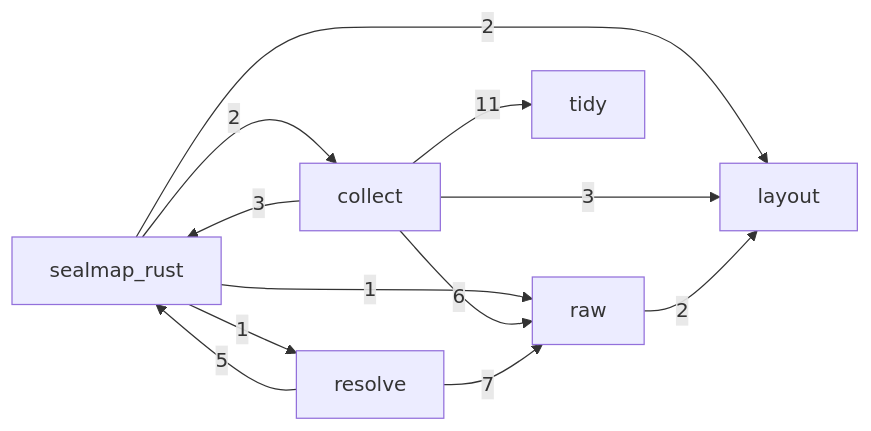
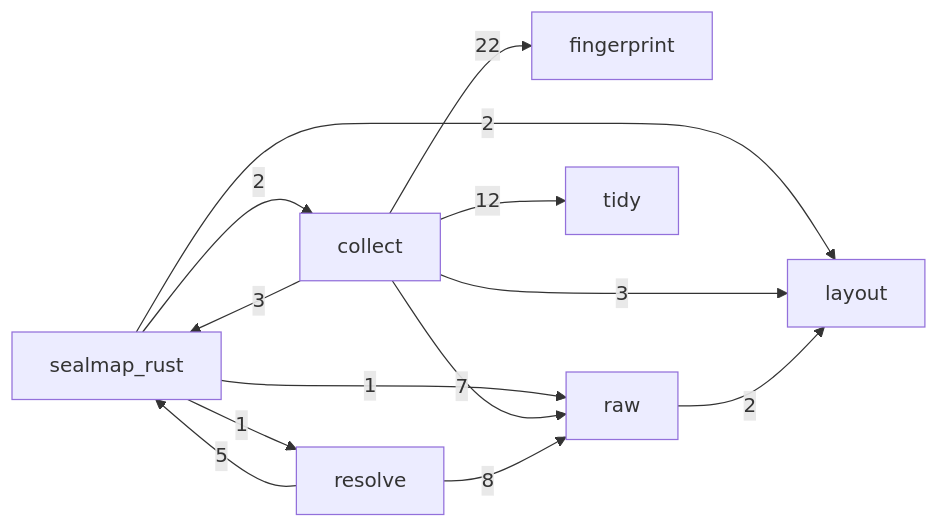
Before and after one commit to DreamLab-AI/codemaid: the sixth of 12 diagrams in docs/sealmap/_overview.md, drawn with Mermaid. The commit also changed other lines of this file and 45 other files, not shown here.

First line of the commit message:
docs: regenerate the self-corpus for sym: ids and schema v2

````diff
--- a/docs/sealmap/_overview.md
+++ b/docs/sealmap/_overview.md
@@ -168,20 +184,22 @@
 ```mermaid
 flowchart LR
   sealmap_rust["sealmap_rust"]
   sealmap_rust__collect["collect"]
+  sealmap_rust__fingerprint["fingerprint"]
   sealmap_rust__layout["layout"]
   sealmap_rust__raw["raw"]
   sealmap_rust__resolve["resolve"]
   sealmap_rust__tidy["tidy"]
   sealmap_rust -->|"2"| sealmap_rust__collect
   sealmap_rust -->|"2"| sealmap_rust__layout
   sealmap_rust -->|"1"| sealmap_rust__raw
   sealmap_rust -->|"1"| sealmap_rust__resolve
   sealmap_rust__collect -->|"3"| sealmap_rust
+  sealmap_rust__collect -->|"22"| sealmap_rust__fingerprint
   sealmap_rust__collect -->|"3"| sealmap_rust__layout
-  sealmap_rust__collect -->|"6"| sealmap_rust__raw
-  sealmap_rust__collect -->|"11"| sealmap_rust__tidy
+  sealmap_rust__collect -->|"7"| sealmap_rust__raw
+  sealmap_rust__collect -->|"12"| sealmap_rust__tidy
   sealmap_rust__raw -->|"2"| sealmap_rust__layout
   sealmap_rust__resolve -->|"5"| sealmap_rust
-  sealmap_rust__resolve -->|"7"| sealmap_rust__raw
+  sealmap_rust__resolve -->|"8"| sealmap_rust__raw
 ```
````
